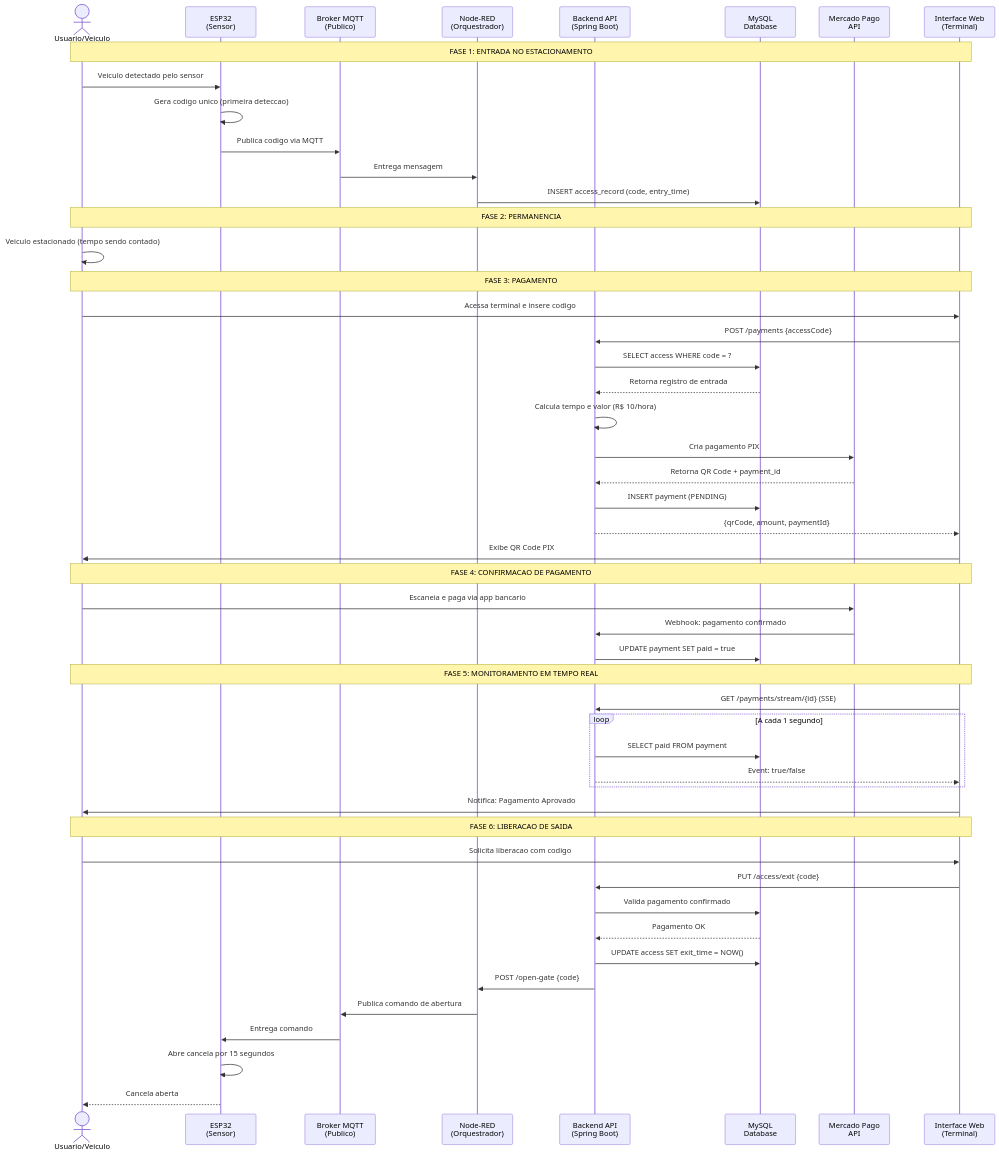
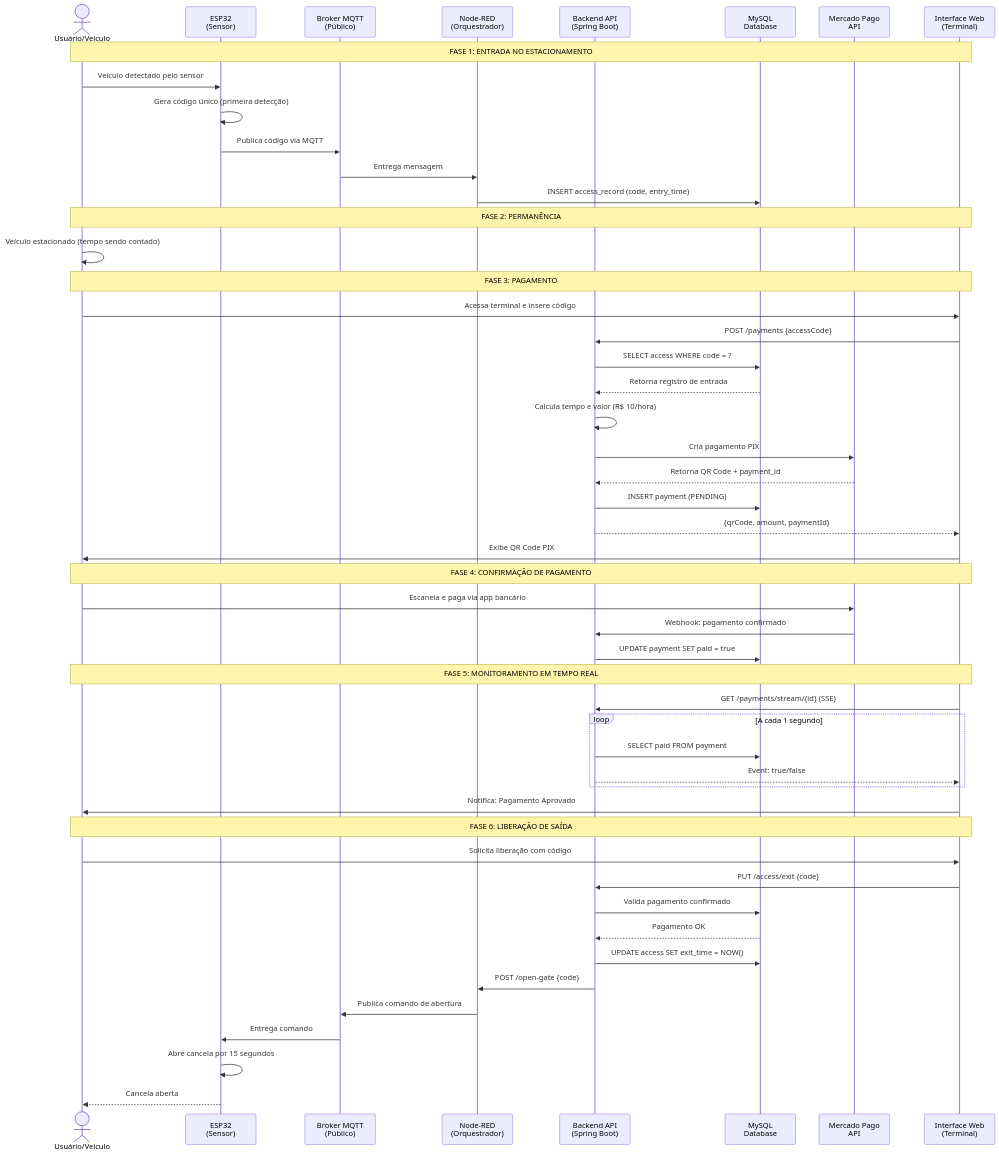
The first of 2 diagrams in README.md (Luca5Eckert/Libera.ai), drawn with Mermaid before and after one commit. The commit also changed other lines of this file and 2 other files, not shown here.

````diff
--- a/README.md
+++ b/README.md
@@ -92,58 +92,58 @@
 ```mermaid
 sequenceDiagram
-    actor User as Usuario/Veiculo
+    actor User as Usuário/Veículo
     participant ESP as ESP32<br/>(Sensor)
-    participant MQTT as Broker MQTT<br/>(Publico)
+    participant MQTT as Broker MQTT<br/>(Público)
     participant NodeRED as Node-RED<br/>(Orquestrador)
     participant API as Backend API<br/>(Spring Boot)
     participant DB as MySQL<br/>Database
     participant MP as Mercado Pago<br/>API
     participant Web as Interface Web<br/>(Terminal)
 
     Note over User,Web: FASE 1: ENTRADA NO ESTACIONAMENTO
-    User->>ESP: Veiculo detectado pelo sensor
-    ESP->>ESP: Gera codigo unico (primeira deteccao)
-    ESP->>MQTT: Publica codigo via MQTT
+    User->>ESP: Veículo detectado pelo sensor
+    ESP->>ESP: Gera código único (primeira detecção)
+    ESP->>MQTT: Publica código via MQTT
     MQTT->>NodeRED: Entrega mensagem
     NodeRED->>DB: INSERT access_record (code, entry_time)
     
-    Note over User,Web: FASE 2: PERMANENCIA
-    User->>User: Veiculo estacionado (tempo sendo contado)
+    Note over User,Web: FASE 2: PERMANÊNCIA
+    User->>User: Veículo estacionado (tempo sendo contado)
     
     Note over User,Web: FASE 3: PAGAMENTO
-    User->>Web: Acessa terminal e insere codigo
+    User->>Web: Acessa terminal e insere código
     Web->>API: POST /payments {accessCode}
     API->>DB: SELECT access WHERE code = ?
     DB-->>API: Retorna registro de entrada
     API->>API: Calcula tempo e valor (R$ 10/hora)
     API->>MP: Cria pagamento PIX
     MP-->>API: Retorna QR Code + payment_id
     API->>DB: INSERT payment (PENDING)
     API-->>Web: {qrCode, amount, paymentId}
     Web->>User: Exibe QR Code PIX
 
-    Note over User,Web: FASE 4: CONFIRMACAO DE PAGAMENTO
-    User->>MP: Escaneia e paga via app bancario
+    Note over User,Web: FASE 4: CONFIRMAÇÃO DE PAGAMENTO
+    User->>MP: Escaneia e paga via app bancário
     MP->>API: Webhook: pagamento confirmado
     API->>DB: UPDATE payment SET paid = true
     
     Note over User,Web: FASE 5: MONITORAMENTO EM TEMPO REAL
     Web->>API: GET /payments/stream/{id} (SSE)
     loop A cada 1 segundo
         API->>DB: SELECT paid FROM payment
         API-->>Web: Event: true/false
     end
     Web->>User: Notifica: Pagamento Aprovado
 
-    Note over User,Web: FASE 6: LIBERACAO DE SAIDA
-    User->>Web: Solicita liberacao com codigo
+    Note over User,Web: FASE 6: LIBERAÇÃO DE SAÍDA
+    User->>Web: Solicita liberação com código
     Web->>API: PUT /access/exit {code}
     API->>DB: Valida pagamento confirmado
     DB-->>API: Pagamento OK
     API->>DB: UPDATE access SET exit_time = NOW()
     API->>NodeRED: POST /open-gate {code}
     NodeRED->>MQTT: Publica comando de abertura
     MQTT->>ESP: Entrega comando
     ESP->>ESP: Abre cancela por 15 segundos
     ESP-->>User: Cancela aberta
 ```
````
